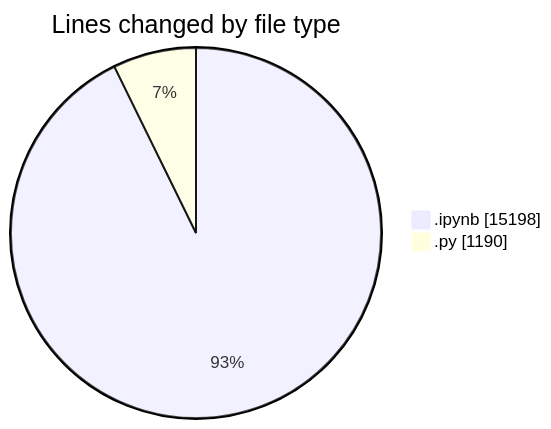
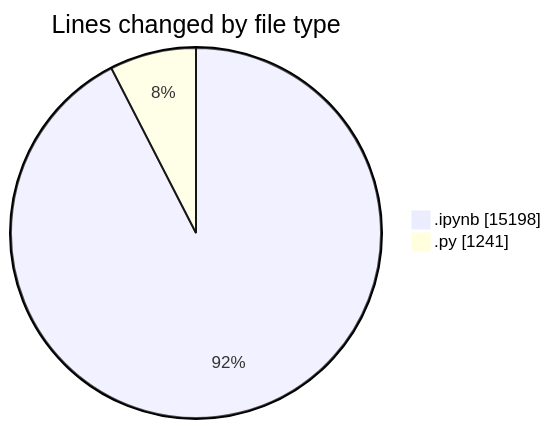
The first of 2 diagrams in 2025-04-10/myws__workspace_/README.md (MatusMokan/code-tracking), drawn with Mermaid before and after one commit. The commit also changed other lines of this file and 1 other file, not shown here.

````diff
--- a/2025-04-10/myws__workspace_/README.md
+++ b/2025-04-10/myws__workspace_/README.md
@@ -21,6 +21,6 @@
 ```mermaid
 pie showData
 title Lines changed by file type
 ".ipynb" : 15198
-".py" : 1190
+".py" : 1241
 ```
````
